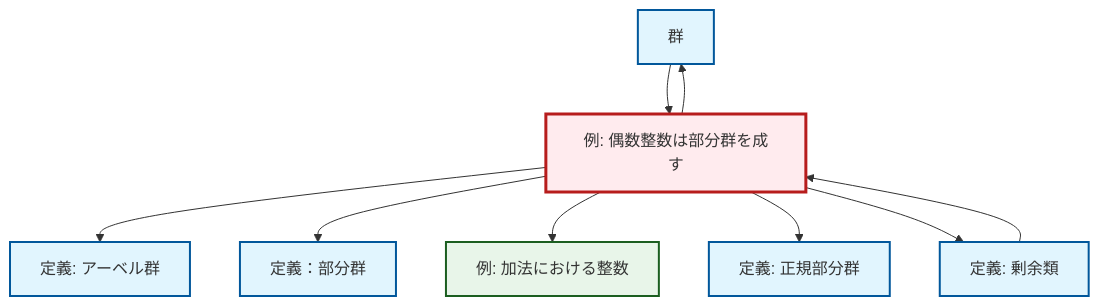
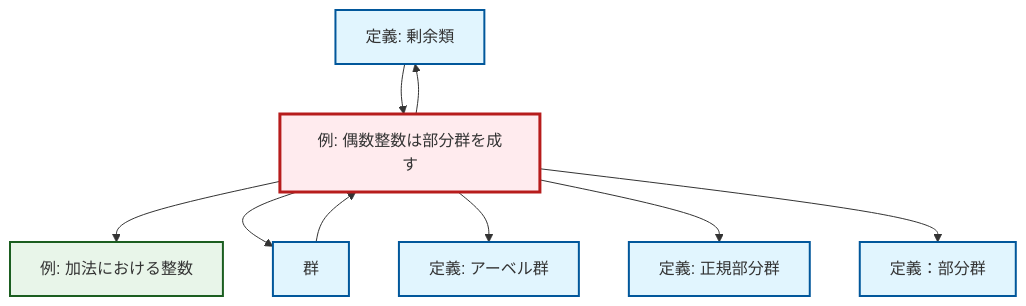
One commit to RK0429/ModernMath changed the diagram in content/ja/algebra/ex-even-integers-subgroup.qmd. Above: the diagram before and after it, drawn with Mermaid. The commit also changed other lines of this file and 328 other files, not shown here.

````diff
--- a/content/ja/algebra/ex-even-integers-subgroup.qmd
+++ b/content/ja/algebra/ex-even-integers-subgroup.qmd
@@ -48,31 +49,31 @@
 ```{mermaid}
 %%| fig-cap: "ローカル依存関係グラフ"
 graph TD
     classDef definition fill:#e1f5fe,stroke:#01579b,stroke-width:2px
     classDef theorem fill:#f3e5f5,stroke:#4a148c,stroke-width:2px
     classDef axiom fill:#fff3e0,stroke:#e65100,stroke-width:2px
     classDef example fill:#e8f5e9,stroke:#1b5e20,stroke-width:2px
     classDef current fill:#ffebee,stroke:#b71c1c,stroke-width:3px
+    def-coset["定義: 剰余類"]:::definition
+    def-normal-subgroup["定義: 正規部分群"]:::definition
     def-subgroup["定義：部分群"]:::definition
-    def-normal-subgroup["定義: 正規部分群"]:::definition
-    ex-integers-addition["例: 加法における整数"]:::example
-    def-group["群"]:::definition
-    def-coset["定義: 剰余類"]:::definition
     ex-even-integers-subgroup["例: 偶数整数は部分群を成す"]:::example
     def-abelian-group["定義: アーベル群"]:::definition
+    def-group["群"]:::definition
+    ex-integers-addition["例: 加法における整数"]:::example
+    ex-even-integers-subgroup --> def-coset
+    ex-even-integers-subgroup --> ex-integers-addition
+    ex-even-integers-subgroup --> def-group
     ex-even-integers-subgroup --> def-abelian-group
+    ex-even-integers-subgroup --> def-normal-subgroup
+    def-coset --> ex-even-integers-subgroup
+    def-group --> ex-even-integers-subgroup
     ex-even-integers-subgroup --> def-subgroup
-    def-coset --> ex-even-integers-subgroup
-    ex-even-integers-subgroup --> ex-integers-addition
-    def-group --> ex-even-integers-subgroup
-    ex-even-integers-subgroup --> def-normal-subgroup
-    ex-even-integers-subgroup --> def-group
-    ex-even-integers-subgroup --> def-coset
     class ex-even-integers-subgroup current
+    click def-coset "def-coset.html" "剰余類の定義へ"
+    click def-normal-subgroup "def-normal-subgroup.html" "正規部分群の定義へ"
     click def-subgroup "def-subgroup.html" "定義：部分群へ"
-    click def-normal-subgroup "def-normal-subgroup.html" "正規部分群の定義へ"
+    click def-abelian-group "def-abelian-group.html" "アーベル群の定義へ"
+    click def-group "def-group.html" "群へ"
     click ex-integers-addition "ex-integers-addition.html" "加法における整数の例へ"
-    click def-group "def-group.html" "群へ"
-    click def-coset "def-coset.html" "剰余類の定義へ"
-    click def-abelian-group "def-abelian-group.html" "アーベル群の定義へ"
 ```
````
